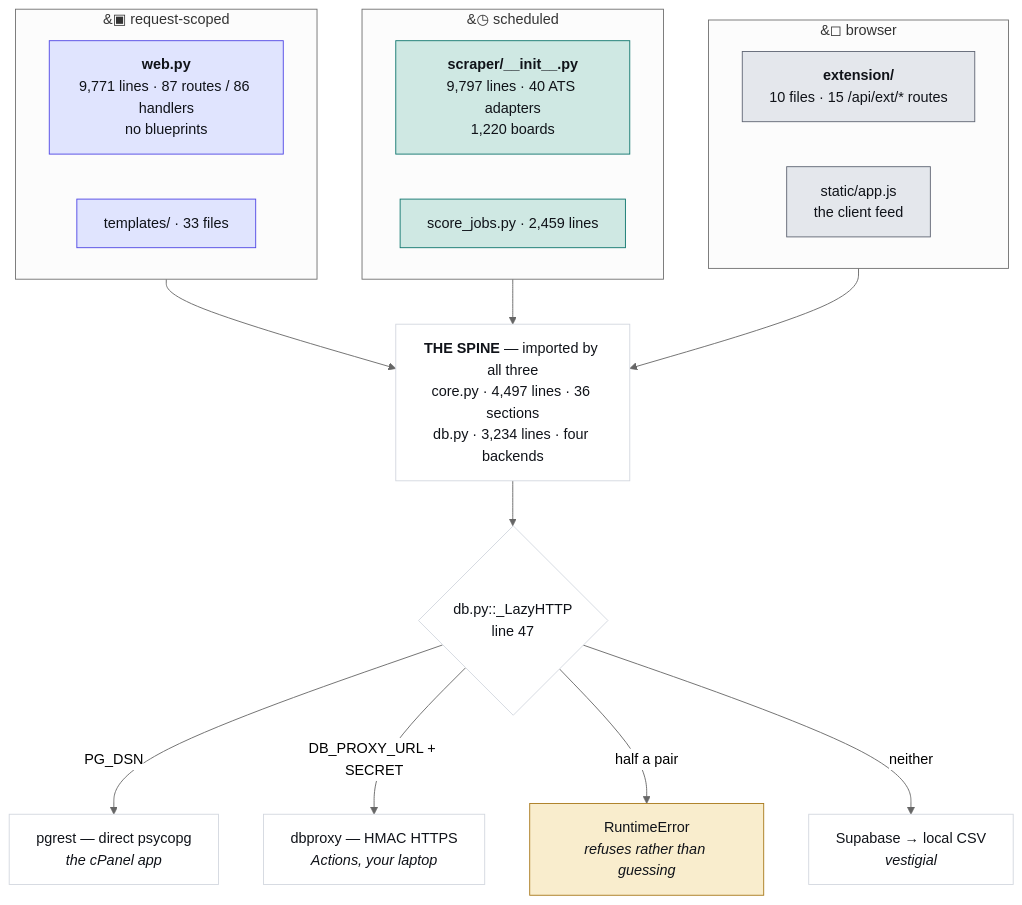
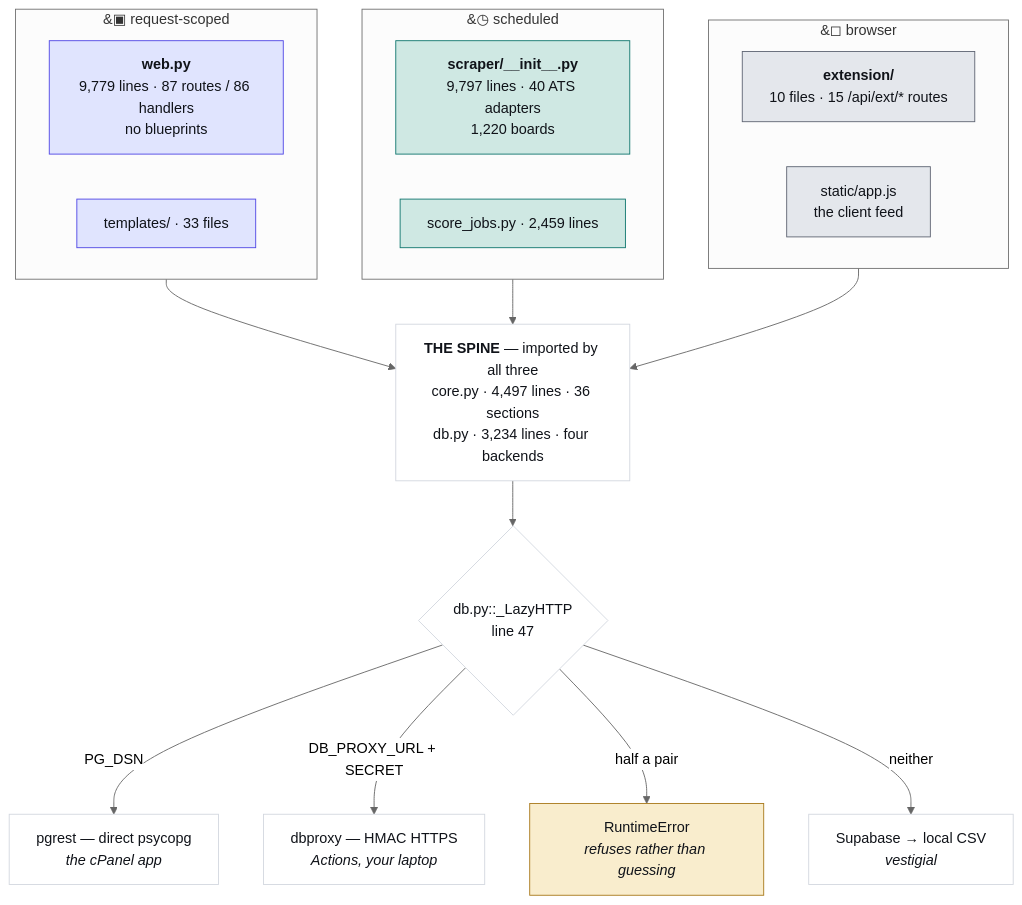
The first of 4 diagrams in JobMatch Scraper/docs/ARCHITECTURE.md (hadakunal909-debug/job-search-tool), drawn with Mermaid (neutral theme) before and after one commit. The commit also changed 8 other files, not shown here.

````diff
--- a/JobMatch Scraper/docs/ARCHITECTURE.md
+++ b/JobMatch Scraper/docs/ARCHITECTURE.md
@@ -45,34 +45,34 @@
 ```mermaid
 flowchart TB
   subgraph REQ["&#9635; request-scoped"]
-    W["<b>web.py</b><br/>9,771 lines · 87 routes / 86 handlers<br/>no blueprints"]
+    W["<b>web.py</b><br/>9,779 lines · 87 routes / 86 handlers<br/>no blueprints"]
     T["templates/ · 33 files"]
   end
   subgraph SCH["&#9719; scheduled"]
     S["<b>scraper/__init__.py</b><br/>9,797 lines · 40 ATS adapters<br/>1,220 boards"]
     J["score_jobs.py · 2,459 lines"]
   end
   subgraph CLI["&#9723; browser"]
     E["<b>extension/</b><br/>10 files · 15 /api/ext/* routes"]
     A["static/app.js<br/>the client feed"]
   end
   SPINE["<b>THE SPINE</b> — imported by all three<br/>core.py · 4,497 lines · 36 sections<br/>db.py · 3,234 lines · four backends"]
   REQ --> SPINE
   SCH --> SPINE
   CLI --> SPINE
   SPINE --> D{"db.py::_LazyHTTP<br/>line 47"}
   D -->|"PG_DSN"| P["pgrest — direct psycopg<br/><i>the cPanel app</i>"]
   D -->|"DB_PROXY_URL + SECRET"| X["dbproxy — HMAC HTTPS<br/><i>Actions, your laptop</i>"]
   D -->|"half a pair"| R["RuntimeError<br/><i>refuses rather than guessing</i>"]
   D -->|"neither"| V["Supabase → local CSV<br/><i>vestigial</i>"]
   classDef web fill:#e0e4fe,stroke:#4f46e5,color:#101319
   classDef sched fill:#cfe8e3,stroke:#0f766e,color:#101319
   classDef client fill:#e4e7ec,stroke:#5f6573,color:#101319
   classDef trap fill:#f9edcd,stroke:#a8781a,color:#101319
   classDef plain fill:#ffffff,stroke:#d3d7df,color:#101319
   class W,T web
   class S,J sched
   class E,A client
   class R trap
   class SPINE,D,P,X,V plain
 ```
````
